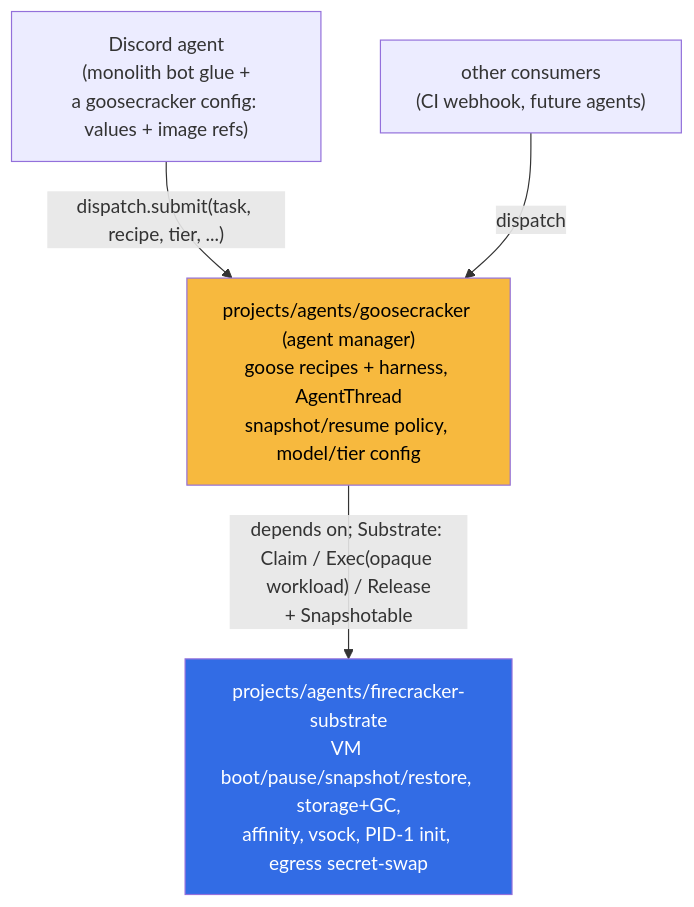
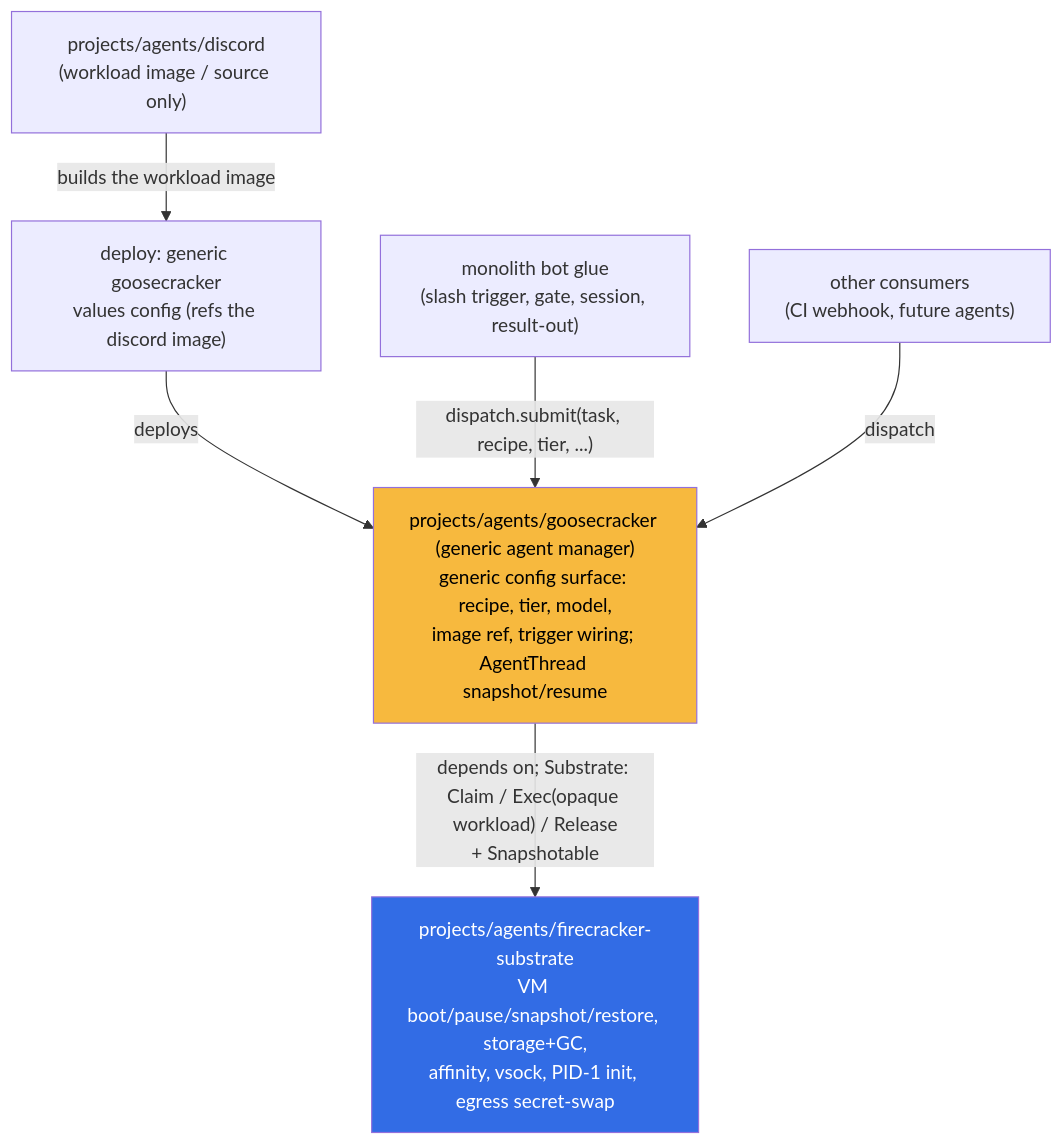
One commit to jomcgi-org/homelab changed the diagram in docs/decisions/agents/025-three-layer-agent-stack-goosecracker.md. Above: the diagram before and after it, drawn with Mermaid. The commit also changed other lines of this file and 3 other files, not shown here.

First line of the commit message:
docs(adr): keep goosecracker generic; discord gets its own image/source dir

````diff
--- a/docs/decisions/agents/025-three-layer-agent-stack-goosecracker.md
+++ b/docs/decisions/agents/025-three-layer-agent-stack-goosecracker.md
@@ -49,14 +50,18 @@
 ```mermaid
 graph TB
-    DA["Discord agent<br/>(monolith bot glue +<br/>a goosecracker config: values + image refs)"]
-    GC["projects/agents/goosecracker (agent manager)<br/>goose recipes + harness, AgentThread<br/>snapshot/resume policy, model/tier config"]
+    Disc["projects/agents/discord<br/>(workload image / source only)"]
+    Bot["monolith bot glue<br/>(slash trigger, gate, session, result-out)"]
+    Vals["deploy: generic goosecracker<br/>values config (refs the discord image)"]
+    GC["projects/agents/goosecracker (generic agent manager)<br/>generic config surface: recipe, tier, model,<br/>image ref, trigger wiring; AgentThread snapshot/resume"]
     FS["projects/agents/firecracker-substrate<br/>VM boot/pause/snapshot/restore, storage+GC,<br/>affinity, vsock, PID-1 init, egress secret-swap"]
     Other["other consumers<br/>(CI webhook, future agents)"]
 
-    DA -->|"dispatch.submit(task, recipe, tier, ...)"| GC
+    Disc -->|builds the workload image| Vals
+    Vals -->|deploys| GC
+    Bot -->|"dispatch.submit(task, recipe, tier, ...)"| GC
     Other -->|dispatch| GC
     GC -->|"depends on; Substrate: Claim / Exec(opaque workload) / Release<br/>+ Snapshotable"| FS
 
     style GC fill:#F7B93E,color:#000
     style FS fill:#326CE5,color:#fff
 ```
````
